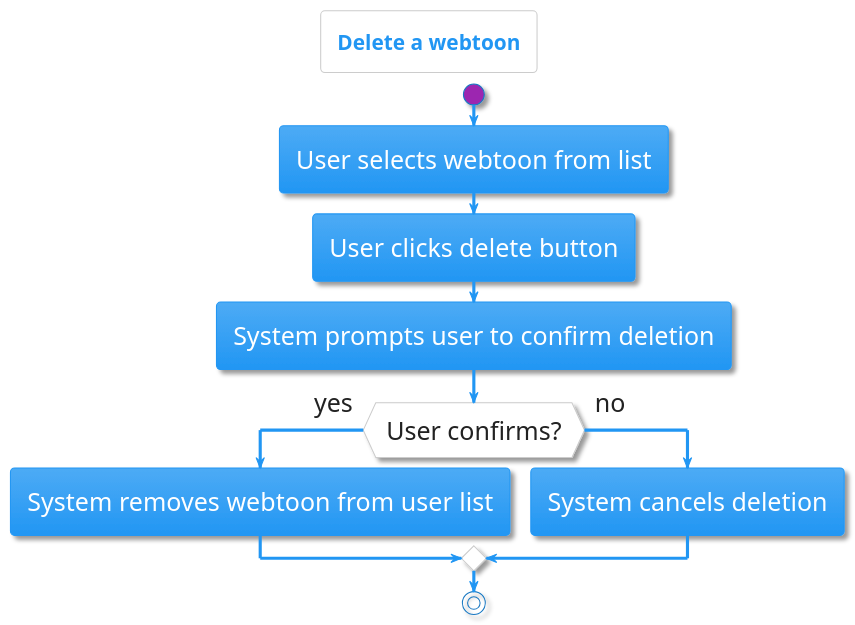
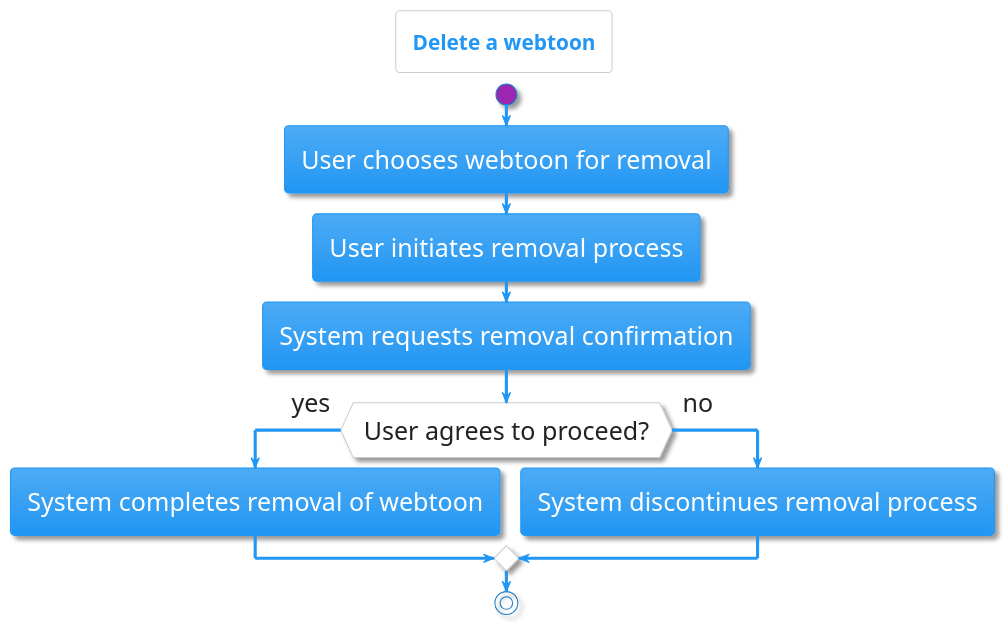
Before and after one commit to WinstonWaligora/let_us_webtoon: the diagram in lib/documents/delete-webtoon.puml, drawn with PlantUML. The commit also changed 15 other files, not shown here.

Commit message:
activity, use case, and context diagrams updated

```diff
--- a/lib/documents/delete-webtoon.puml
+++ b/lib/documents/delete-webtoon.puml
@@ -1,16 +1,16 @@
 @startuml
 !theme materia
 title Delete a webtoon
 skinparam defaultFontSize 24
 
 start
-:User selects webtoon from list;
-:User clicks delete button;
-:System prompts user to confirm deletion;
-if (User confirms?) then (yes)
-  :System removes webtoon from user list;
+:User chooses webtoon for removal;
+:User initiates removal process;
+:System requests removal confirmation;
+if (User agrees to proceed?) then (yes)
+  :System completes removal of webtoon;
 else (no)
-  :System cancels deletion;
+  :System discontinues removal process;
 endif
 stop
 @enduml
```
